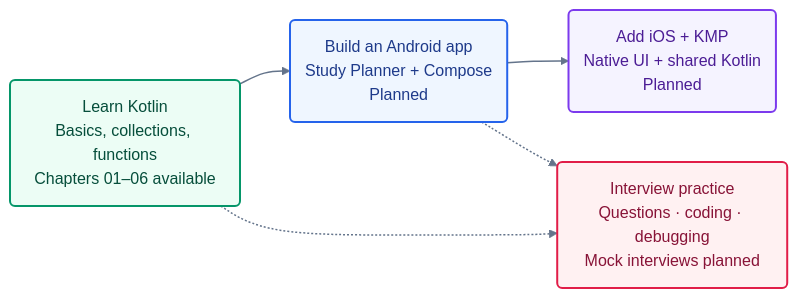
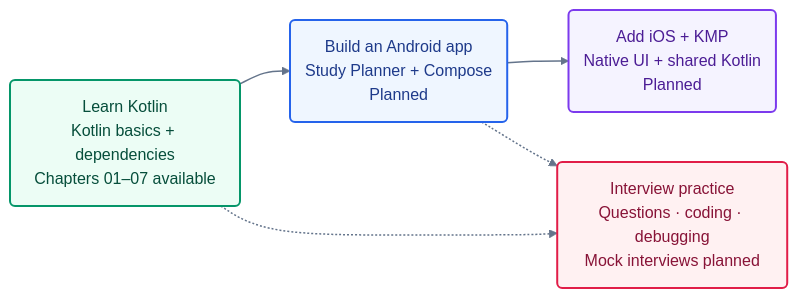
Before and after one commit to roshanevala/Kotlin-101-The-Mobile-Workshop: the diagram in README.md, drawn with Mermaid (neutral theme). The commit also changed other lines of this file and 18 other files, not shown here.

````diff
--- a/README.md
+++ b/README.md
@@ -11,20 +11,20 @@
 ```mermaid
 flowchart LR
     accTitle: From Kotlin basics to a mobile app and interview practice
     accDescr: Start with the available Kotlin lessons. Build an Android app, then add iOS and shared Kotlin logic in planned stages. Practise lesson questions and debugging along the way; dedicated coding challenges and mock interviews are planned.
 
-    K("Learn Kotlin<br/>Basics, collections, functions<br/>Chapters 01–06 available"):::basics
+    K("Learn Kotlin<br/>Kotlin basics + dependencies<br/>Chapters 01–07 available"):::basics
     A("Build an Android app<br/>Study Planner + Compose<br/>Planned"):::android
     M("Add iOS + KMP<br/>Native UI + shared Kotlin<br/>Planned"):::multiplatform
     I("Interview practice<br/>Questions · coding · debugging<br/>Mock interviews planned"):::interview
 
     K --> A --> M
     K -.-> I
     A -.-> I
 
     classDef basics fill:#ecfdf5,stroke:#059669,color:#064e3b,stroke-width:2px
     classDef android fill:#eff6ff,stroke:#2563eb,color:#1e3a8a,stroke-width:2px
     classDef multiplatform fill:#f5f3ff,stroke:#7c3aed,color:#4c1d95,stroke-width:2px
     classDef interview fill:#fff1f2,stroke:#e11d48,color:#881337,stroke-width:2px
     linkStyle default stroke:#64748b,stroke-width:1.5px
 ```
````
